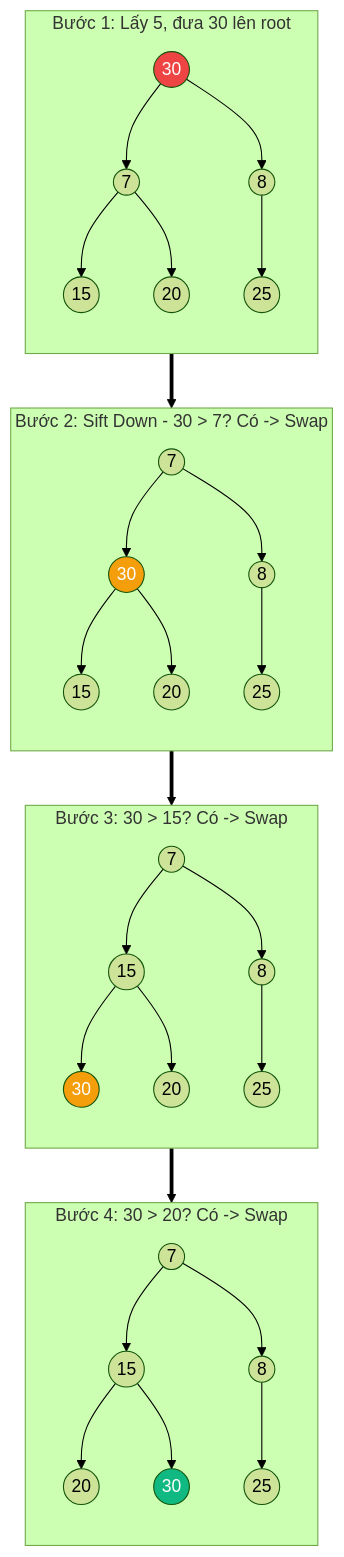
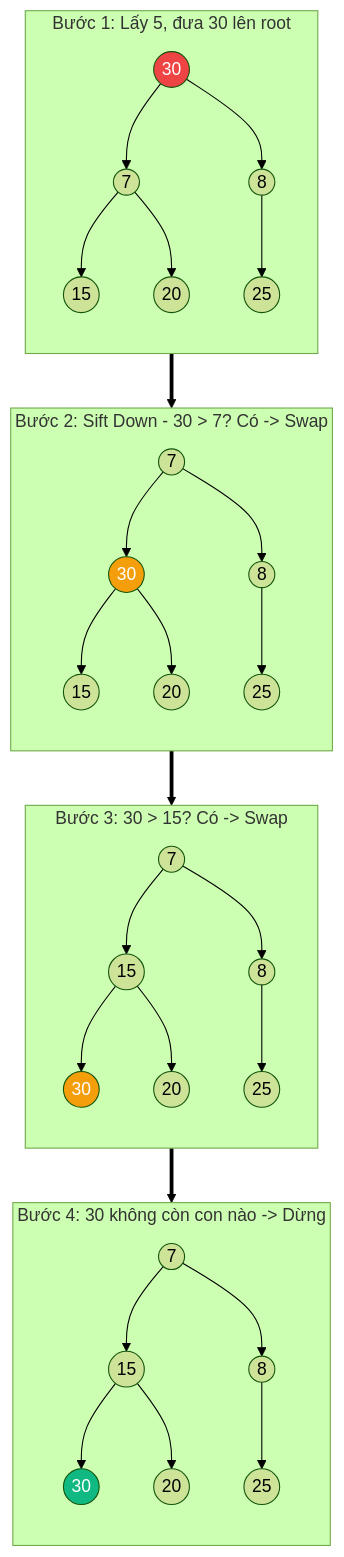
One commit to maitieubao/VisualizationDSA changed the fourth of 4 diagrams in frontend/src/features/docs/content/trees/heap-priority-queue.md. Above: the diagram before and after it, drawn with Mermaid (forest theme). The commit also changed other lines of this file and 570 other files, not shown here.

````diff
--- a/frontend/src/features/docs/content/trees/heap-priority-queue.md
+++ b/frontend/src/features/docs/content/trees/heap-priority-queue.md
@@ -242,44 +242,44 @@
 ```mermaid
 flowchart TD
     subgraph Step1 ["Bước 1: Lấy 5, đưa 30 lên root"]
         direction TB
         E1_0((30)) --> E1_1((7))
         E1_0 --> E1_2((8))
         E1_1 --> E1_3((15))
         E1_1 --> E1_4((20))
         E1_2 --> E1_5((25))
         style E1_0 fill:#ef4444,color:#fff
     end
     
     subgraph Step2 ["Bước 2: Sift Down - 30 > 7? Có -> Swap"]
         direction TB
         E2_0((7)) --> E2_1((30))
         E2_0 --> E2_2((8))
         E2_1 --> E2_3((15))
         E2_1 --> E2_4((20))
         E2_2 --> E2_5((25))
         style E2_1 fill:#f59e0b,color:#fff
     end
     
     subgraph Step3 ["Bước 3: 30 > 15? Có -> Swap"]
         direction TB
         E3_0((7)) --> E3_1((15))
         E3_0 --> E3_2((8))
         E3_1 --> E3_3((30))
         E3_1 --> E3_4((20))
         E3_2 --> E3_5((25))
         style E3_3 fill:#f59e0b,color:#fff
     end
     
-    subgraph Step4 ["Bước 4: 30 > 20? Có -> Swap"]
+    subgraph Step4 ["Bước 4: 30 không còn con nào -> Dừng"]
         direction TB
         E4_0((7)) --> E4_1((15))
         E4_0 --> E4_2((8))
-        E4_1 --> E4_3((20))
-        E4_1 --> E4_4((30))
+        E4_1 --> E4_3((30))
+        E4_1 --> E4_4((20))
         E4_2 --> E4_5((25))
-        style E4_4 fill:#10b981,color:#fff
+        style E4_3 fill:#10b981,color:#fff
     end
     
     Step1 ==> Step2 ==> Step3 ==> Step4
 ```
````
